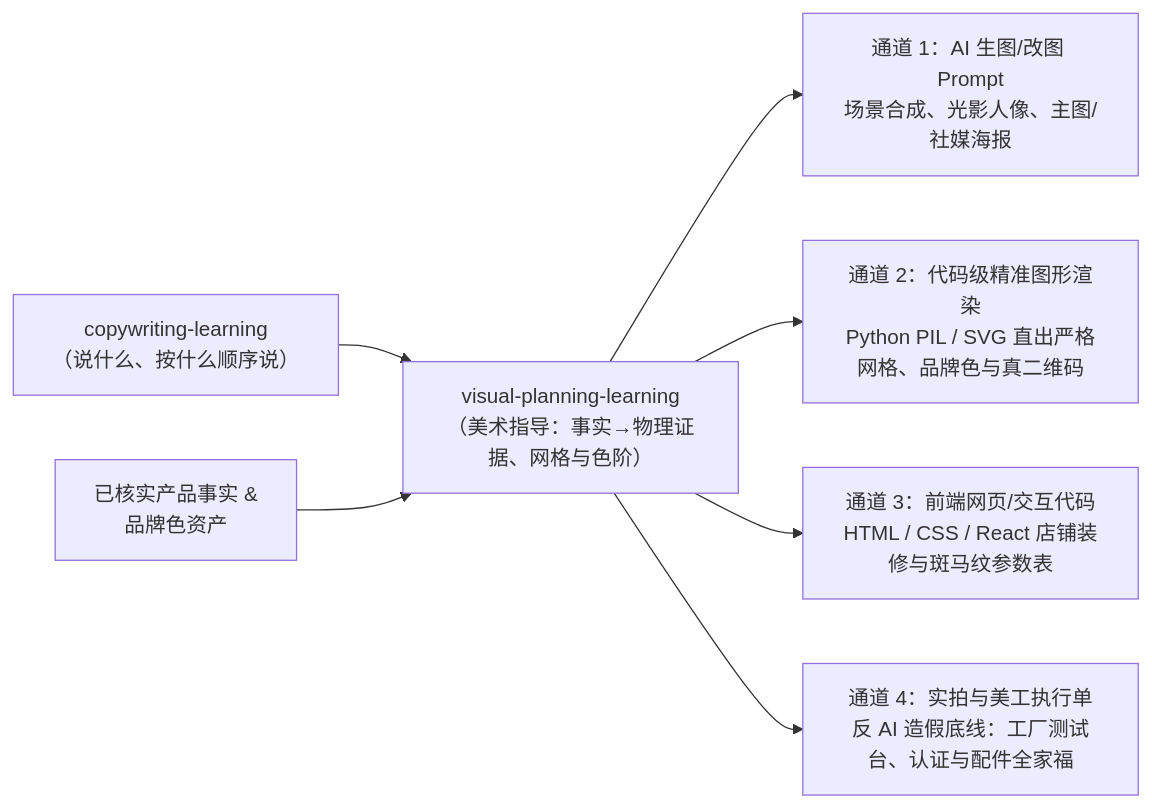
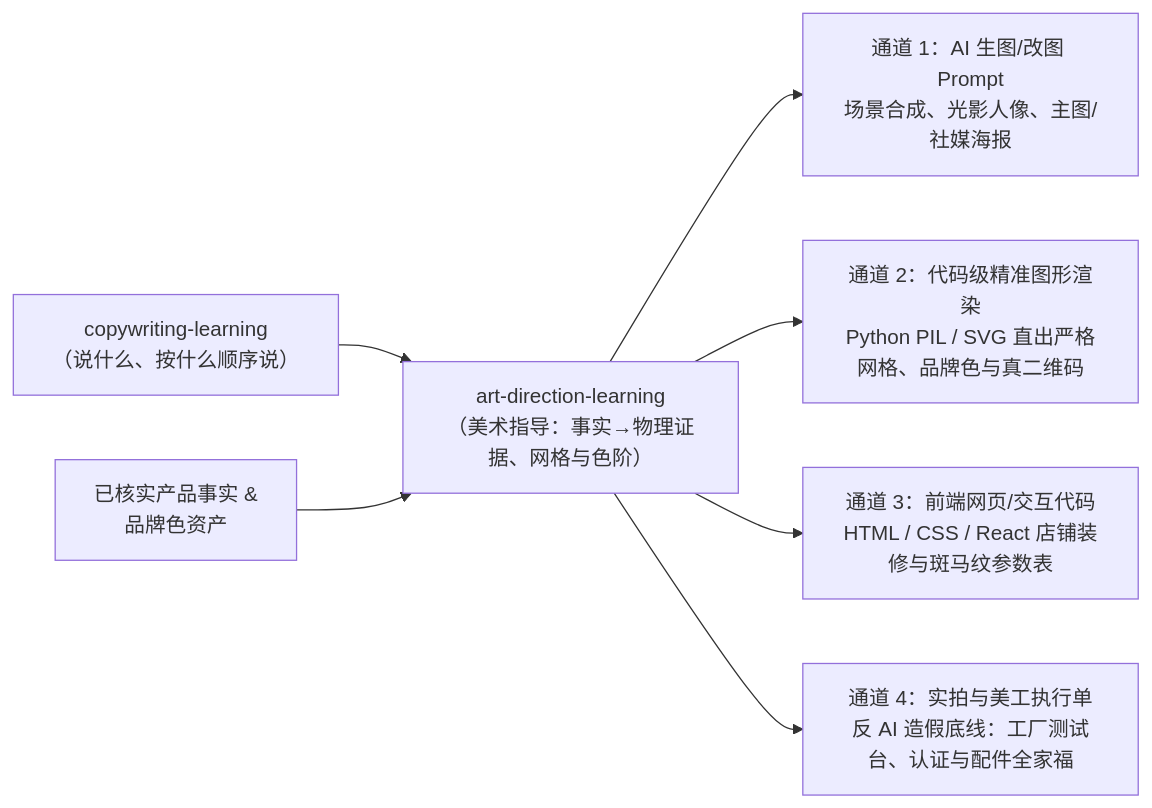
The diagram in README.zh-CN.md (XavierCrea/art-direction-learning), drawn with Mermaid before and after one commit. The commit also changed other lines of this file and 9 other files, not shown here.

Commit message:
chore: rename skill to art-direction-learning (v1.3.1)

````diff
--- a/README.zh-CN.md
+++ b/README.zh-CN.md
@@ -64,9 +64,9 @@
 ```mermaid
 flowchart LR
-  A["copywriting-learning<br/>（说什么、按什么顺序说）"] --> C["visual-planning-learning<br/>（美术指导：事实→物理证据、网格与色阶）"]
+  A["copywriting-learning<br/>（说什么、按什么顺序说）"] --> C["art-direction-learning<br/>（美术指导：事实→物理证据、网格与色阶）"]
   B["已核实产品事实 &<br/>品牌色资产"] --> C
   C --> D1["通道 1：AI 生图/改图 Prompt<br/>场景合成、光影人像、主图/社媒海报"]
   C --> D2["通道 2：代码级精准图形渲染<br/>Python PIL / SVG 直出严格网格、品牌色与真二维码"]
   C --> D3["通道 3：前端网页/交互代码<br/>HTML / CSS / React 店铺装修与斑马纹参数表"]
   C --> D4["通道 4：实拍与美工执行单<br/>反 AI 造假底线：工厂测试台、认证与配件全家福"]
 ```
````
